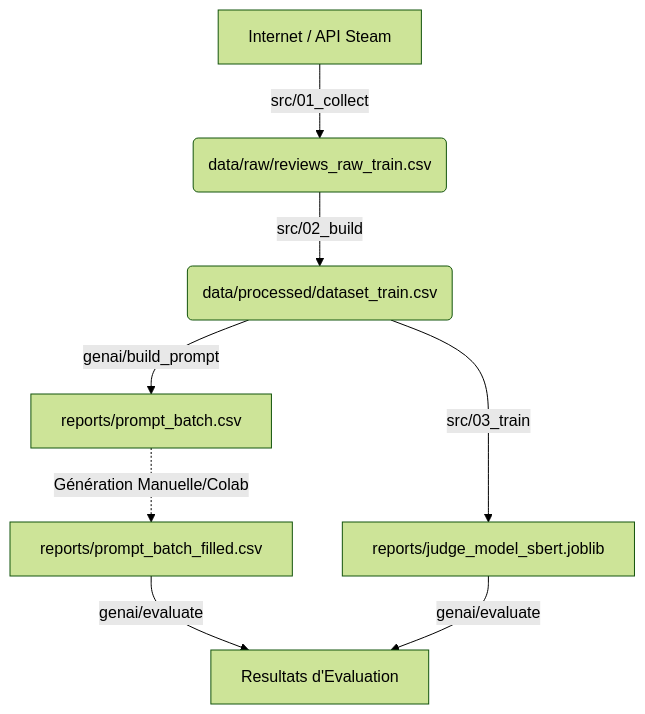
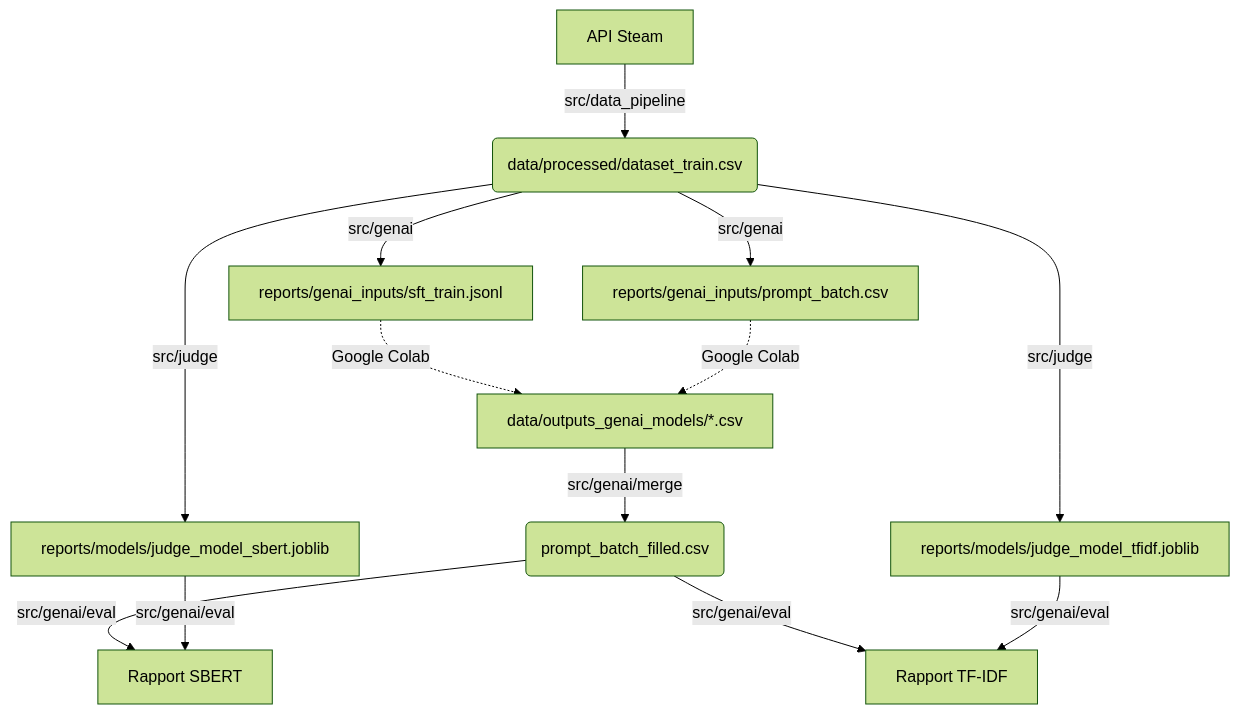
Before and after one commit to mlang789/steam-project: the diagram in src/USAGE.md, drawn with Mermaid (forest theme). The commit also changed other lines of this file and 36 other files, not shown here.

````diff
--- a/src/USAGE.md
+++ b/src/USAGE.md
@@ -161,12 +167,17 @@
 ```mermaid
 graph TD
-    A[Internet / API Steam] -->|src/01_collect| B(data/raw/reviews_raw_train.csv)
-    B -->|src/02_build| C(data/processed/dataset_train.csv)
+    A[API Steam] -->|src/data_pipeline| B(data/processed/dataset_train.csv)
     
-    C -->|src/03_train| D[reports/judge_model_sbert.joblib]
-    C -->|genai/build_prompt| E[reports/prompt_batch.csv]
+    B -->|src/judge| C[reports/models/judge_model_sbert.joblib]
+    B -->|src/judge| D[reports/models/judge_model_tfidf.joblib]
     
-    E -.->|Génération Manuelle/Colab| F[reports/prompt_batch_filled.csv]
+    B -->|src/genai| E[reports/genai_inputs/sft_train.jsonl]
+    B -->|src/genai| F[reports/genai_inputs/prompt_batch.csv]
     
-    F & D -->|genai/evaluate| G[Resultats d'Evaluation]
+    E & F -.->|Google Colab| G[data/outputs_genai_models/*.csv]
+    
+    G -->|src/genai/merge| H(prompt_batch_filled.csv)
+    
+    H & C -->|src/genai/eval| I[Rapport SBERT]
+    H & D -->|src/genai/eval| J[Rapport TF-IDF]
 ```
````
